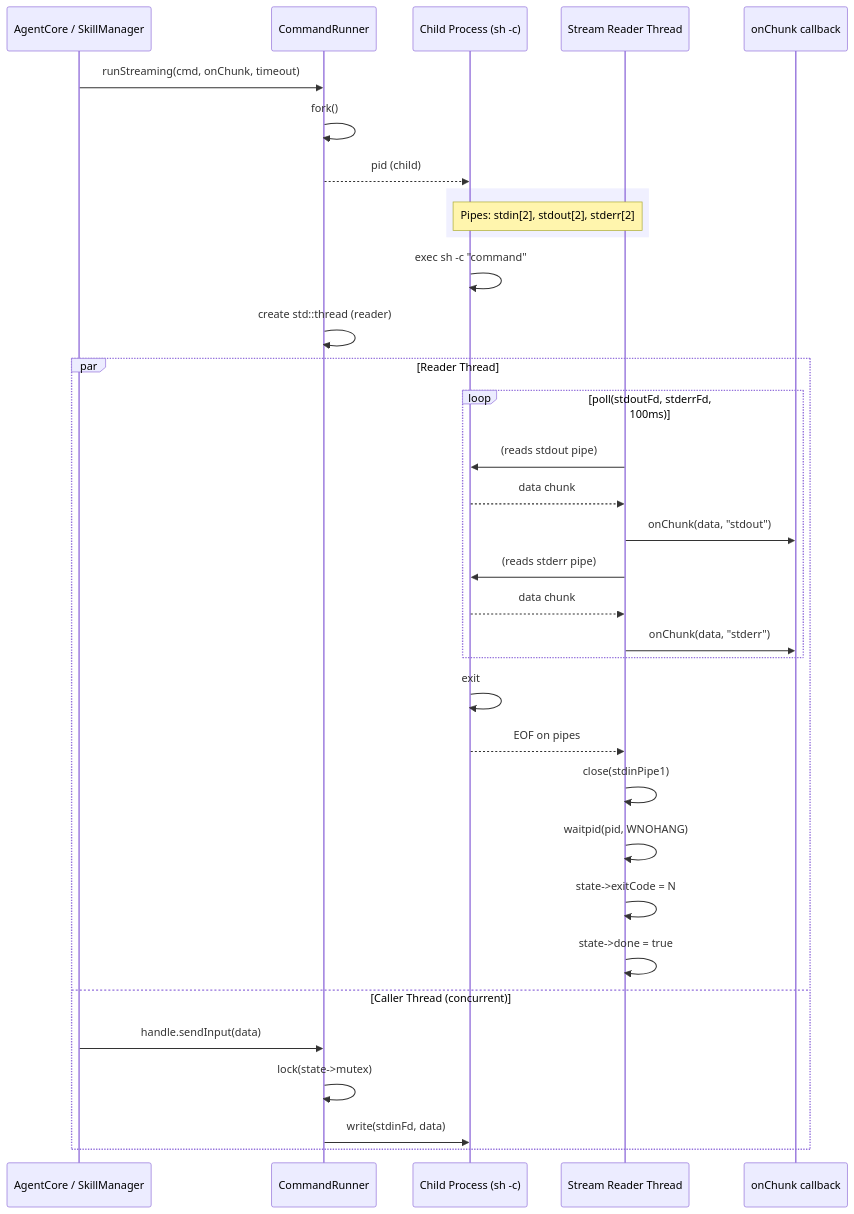
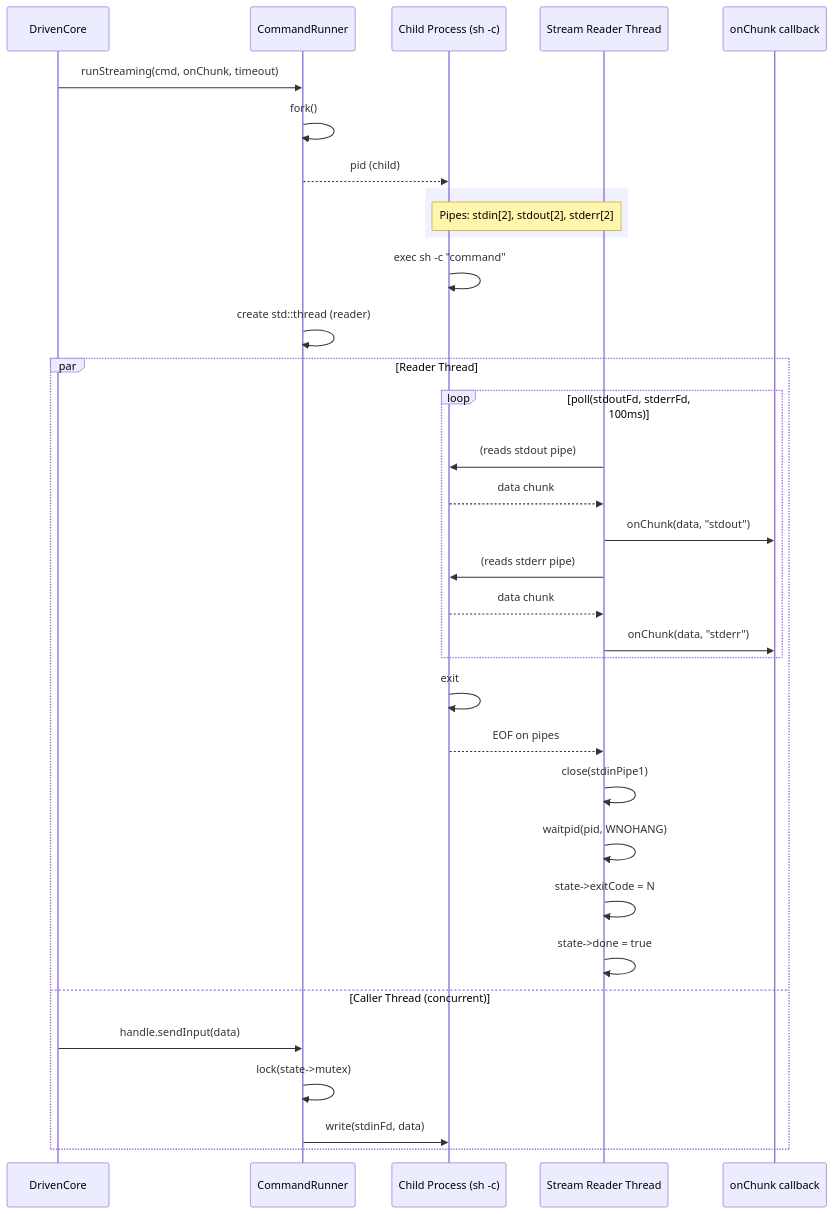
The fourth of 6 diagrams in specs/concurrency-model.md (opensassi/a0), drawn with Mermaid before and after one commit. The commit also changed other lines of this file and 165 other files, not shown here.

````diff
--- a/specs/concurrency-model.md
+++ b/specs/concurrency-model.md
@@ -573,43 +549,43 @@
 ```mermaid
 sequenceDiagram
-    participant CALLER as AgentCore / SkillManager
+    participant CALLER as DrivenCore
     participant CR as CommandRunner
     participant CHILD as Child Process (sh -c)
     participant READER as Stream Reader Thread
     participant CALLBACK as onChunk callback
 
     CALLER->>CR: runStreaming(cmd, onChunk, timeout)
 
     CR->>CR: fork()
     CR-->>CHILD: pid (child)
 
     rect rgb(240, 240, 255)
         Note over CHILD,READER: Pipes: stdin[2], stdout[2], stderr[2]
     end
 
     CHILD->>CHILD: exec sh -c "command"
     CR->>CR: create std::thread (reader)
 
     par Reader Thread
         loop poll(stdoutFd, stderrFd, 100ms)
             READER->>CHILD: (reads stdout pipe)
             CHILD-->>READER: data chunk
             READER->>CALLBACK: onChunk(data, "stdout")
 
             READER->>CHILD: (reads stderr pipe)
             CHILD-->>READER: data chunk
             READER->>CALLBACK: onChunk(data, "stderr")
         end
 
         CHILD->>CHILD: exit
         CHILD-->>READER: EOF on pipes
         READER->>READER: close(stdinPipe1)
         READER->>READER: waitpid(pid, WNOHANG)
         READER->>READER: state->exitCode = N
         READER->>READER: state->done = true
     and Caller Thread (concurrent)
         CALLER->>CR: handle.sendInput(data)
         CR->>CR: lock(state->mutex)
         CR->>CHILD: write(stdinFd, data)
     end
 ```
````
